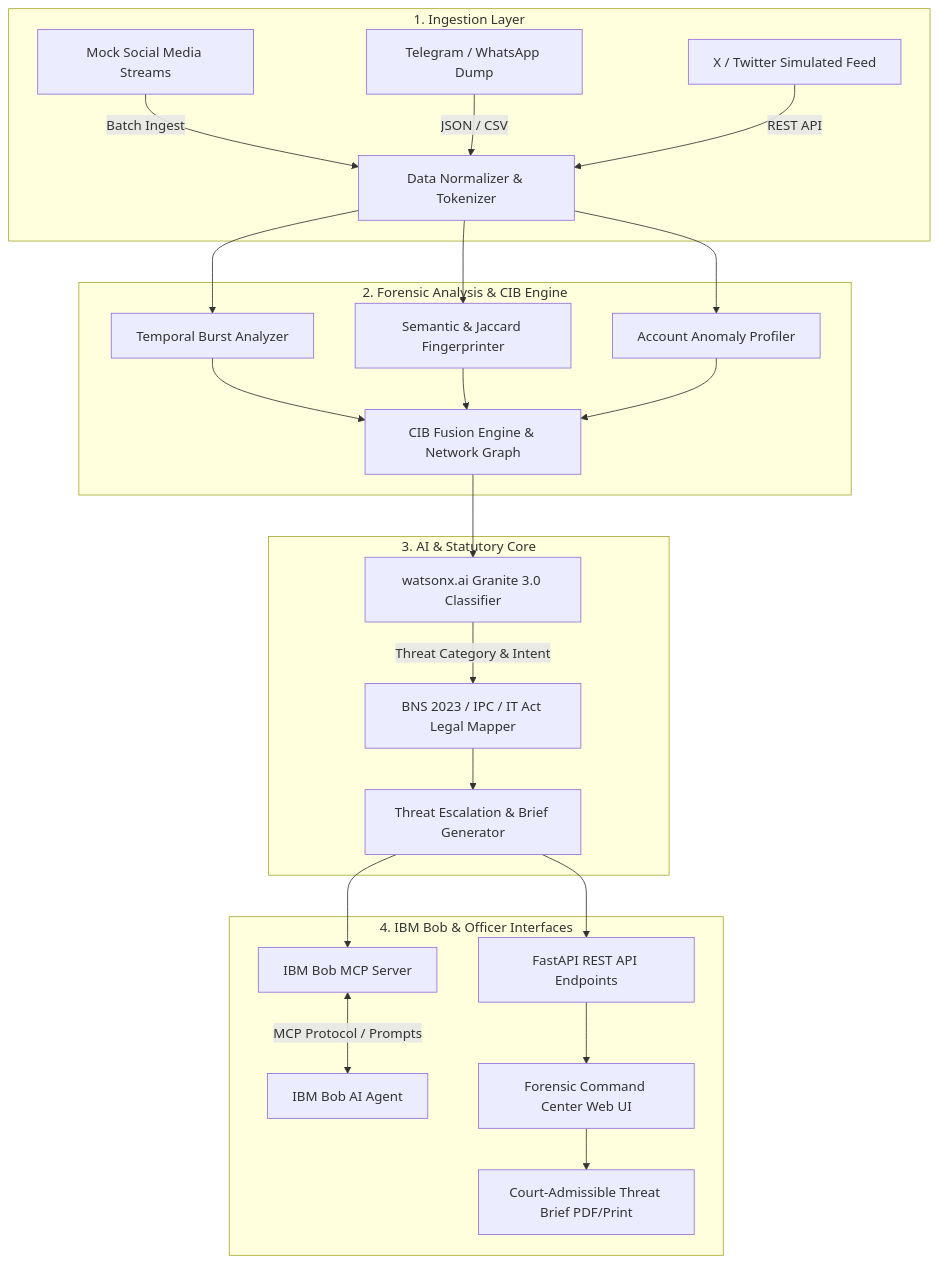
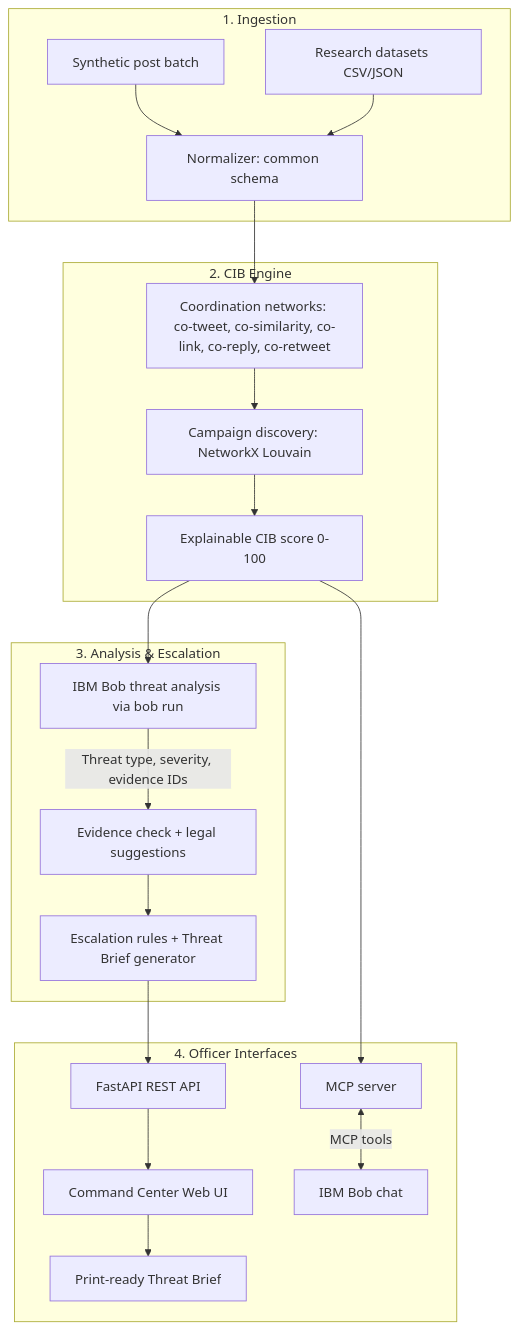
Before and after one commit to Tirth-chokshi/bob-ai-hackathon-shin-chan: the first of 2 diagrams in docs/architecture.md, drawn with Mermaid. The commit also changed other lines of this file and 8 other files, not shown here.

````diff
--- a/docs/architecture.md
+++ b/docs/architecture.md
@@ -7,29 +7,27 @@
 ```mermaid
 graph TD
-    subgraph Ingestion_Layer ["1. Ingestion Layer"]
-        A1[Mock Social Media Streams] -->|Batch Ingest| B[Data Normalizer & Tokenizer]
-        A2[Telegram / WhatsApp Dump] -->|JSON / CSV| B
-        A3[X / Twitter Simulated Feed] -->|REST API| B
+    subgraph Ingestion_Layer ["1. Ingestion"]
+        A1[Synthetic post batch] --> B[Normalizer: common schema]
+        A2[Research datasets CSV/JSON] --> B
     end
 
-    subgraph Forensic_Pipeline ["2. Forensic Analysis & CIB Engine"]
-        B --> C[Temporal Burst Analyzer]
-        B --> D[Semantic & Jaccard Fingerprinter]
-        B --> E[Account Anomaly Profiler]
-        C & D & E --> F[CIB Fusion Engine & Network Graph]
+    subgraph Forensic_Pipeline ["2. CIB Engine"]
+        B --> C[Coordination networks: co-tweet, co-similarity, co-link, co-reply, co-retweet]
+        C --> D[Campaign discovery: NetworkX Louvain]
+        D --> E[Explainable CIB score 0-100]
     end
 
-    subgraph Intelligence_Core ["3. AI & Statutory Core"]
-        F --> G[watsonx.ai Granite 3.0 Classifier]
-        G -->|Threat Category & Intent| H[BNS 2023 / IPC / IT Act Legal Mapper]
-        H --> I[Threat Escalation & Brief Generator]
+    subgraph Intelligence_Core ["3. Analysis & Escalation"]
+        E --> G[IBM Bob threat analysis via bob run]
+        G -->|Threat type, severity, evidence IDs| H[Evidence check + legal suggestions]
+        H --> I[Escalation rules + Threat Brief generator]
     end
 
-    subgraph Integration_Layer ["4. IBM Bob & Officer Interfaces"]
-        I --> J[IBM Bob MCP Server]
-        J <-->|MCP Protocol / Prompts| K[IBM Bob AI Agent]
-        I --> L[FastAPI REST API Endpoints]
-        L --> M[Forensic Command Center Web UI]
-        M --> N[Court-Admissible Threat Brief PDF/Print]
+    subgraph Integration_Layer ["4. Officer Interfaces"]
+        I --> L[FastAPI REST API]
+        L --> M[Command Center Web UI]
+        M --> N[Print-ready Threat Brief]
+        E --> J[MCP server]
+        J <-->|MCP tools| K[IBM Bob chat]
     end
 ```
````
